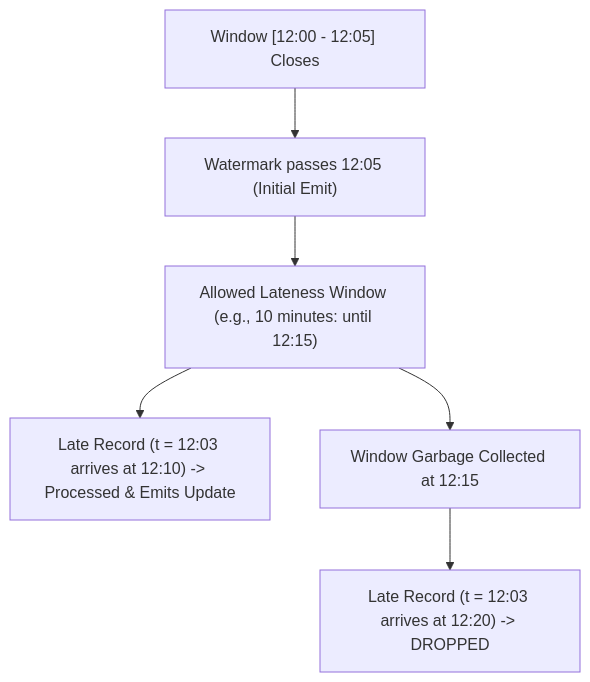
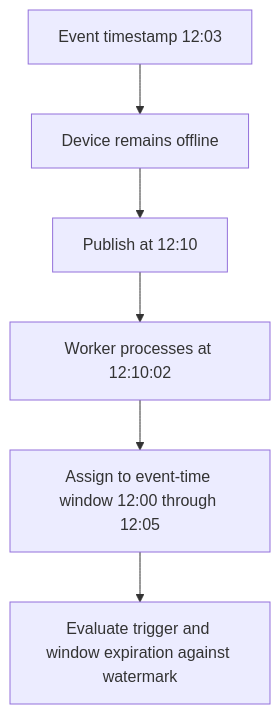
Before and after one commit to Rohit1024/data-engineer: the diagram in docs/lessons/0015-beam-event-time-watermarks.md, drawn with Mermaid. The commit also changed other lines of this file and 60 other files, not shown here.

````diff
--- a/docs/lessons/0015-beam-event-time-watermarks.md
+++ b/docs/lessons/0015-beam-event-time-watermarks.md
@@ -52,8 +13,8 @@
-``` mermaid
+```mermaid
 flowchart TD
-    WindowEnd["Window [12:00 - 12:05] Closes"] --> WatermarkPass["Watermark passes 12:05 (Initial Emit)"]
-    WatermarkPass --> AllowedLateWindow["Allowed Lateness Window (e.g., 10 minutes: until 12:15)"]
-    AllowedLateWindow --> LateRecord1["Late Record (t = 12:03 arrives at 12:10) -> Processed & Emits Update"]
-    AllowedLateWindow --> Expire["Window Garbage Collected at 12:15"]
-    Expire --> DroppedRecord["Late Record (t = 12:03 arrives at 12:20) -> DROPPED"]
+    A["Event timestamp 12:03"] --> B["Device remains offline"]
+    B --> C["Publish at 12:10"]
+    C --> D["Worker processes at 12:10:02"]
+    D --> E["Assign to event-time window 12:00 through 12:05"]
+    E --> F["Evaluate trigger and window expiration against watermark"]
 ```
````
